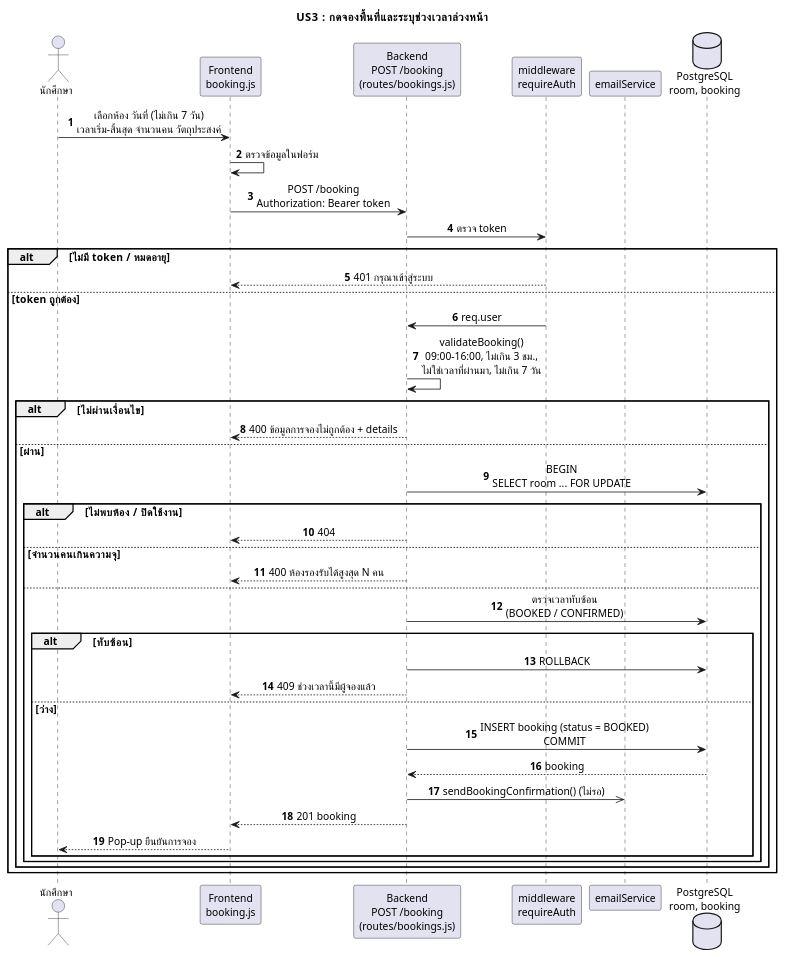
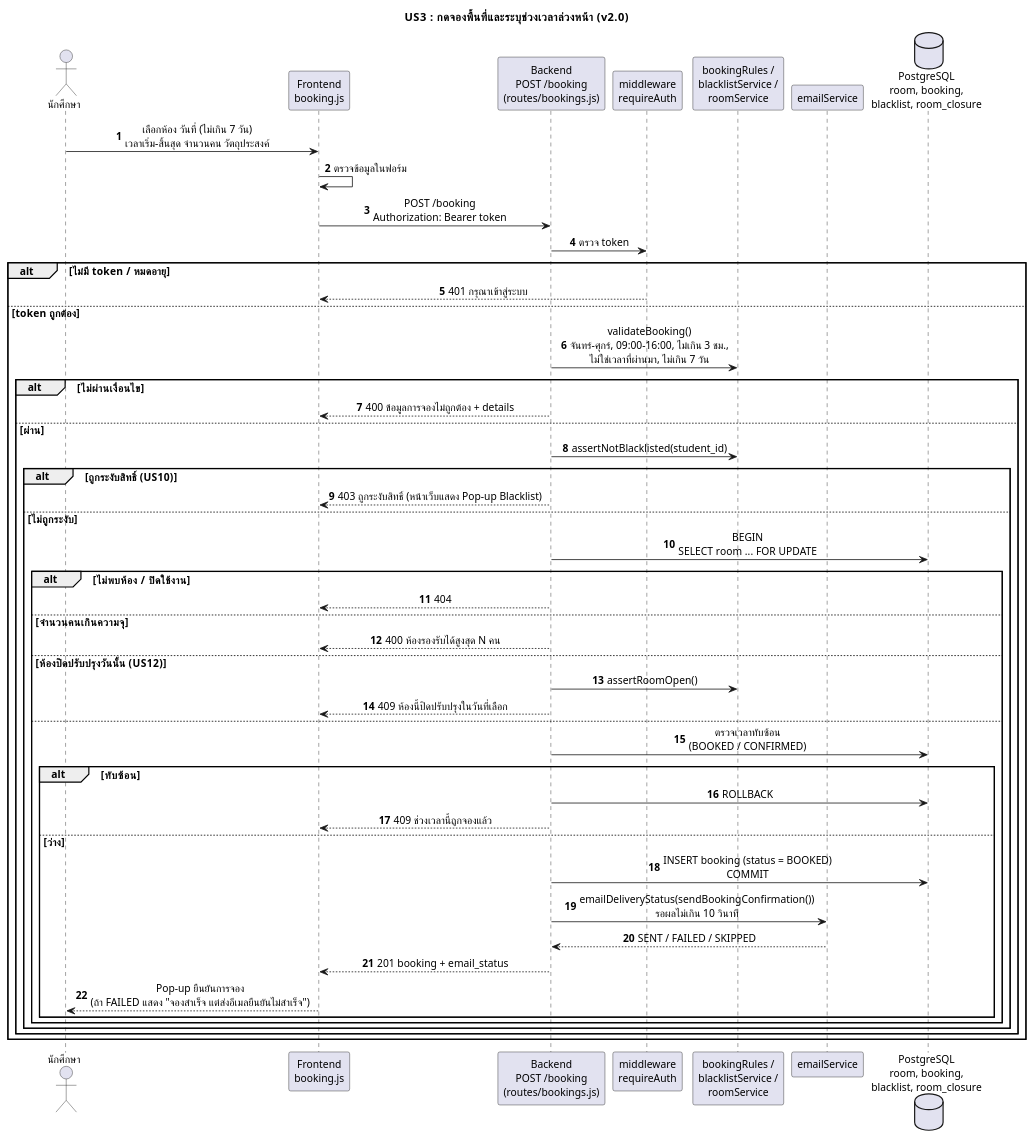
One commit to niairi/cs261_650001_group8 changed the diagram in docs/design/sequence/US3-booking.puml. Above: the diagram before and after it, drawn with PlantUML. The commit also changed 5 other files, not shown here.

Commit message:
docs: อัปเดต US3, Activity และ Deployment Diagram ให้ตรงกับโค้ด v2.0

```diff
--- a/docs/design/sequence/US3-booking.puml
+++ b/docs/design/sequence/US3-booking.puml
@@ -1,47 +1,55 @@
 @startuml
 skinparam defaultFontName Loma
 skinparam defaultFontSize 13
 skinparam sequenceMessageAlign center
 skinparam responseMessageBelowArrow true
 autonumber
-title US3 : กดจองพื้นที่และระบุช่วงเวลาล่วงหน้า
+title US3 : กดจองพื้นที่และระบุช่วงเวลาล่วงหน้า (v2.0)
 actor "นักศึกษา" as U
 participant "Frontend\nbooking.js" as FE
 participant "Backend\nPOST /booking\n(routes/bookings.js)" as R
 participant "middleware\nrequireAuth" as A
+participant "bookingRules /\nblacklistService /\nroomService" as S
 participant "emailService" as E
-database "PostgreSQL\nroom, booking" as DB
+database "PostgreSQL\nroom, booking,\nblacklist, room_closure" as DB
 
 U -> FE : เลือกห้อง วันที่ (ไม่เกิน 7 วัน)\nเวลาเริ่ม-สิ้นสุด จำนวนคน วัตถุประสงค์
 FE -> FE : ตรวจข้อมูลในฟอร์ม
 FE -> R : POST /booking\nAuthorization: Bearer token
 R -> A : ตรวจ token
 alt ไม่มี token / หมดอายุ
   A --> FE : 401 กรุณาเข้าสู่ระบบ
 else token ถูกต้อง
-  A -> R : req.user
-  R -> R : validateBooking()\n09:00–16:00, ไม่เกิน 3 ชม.,\nไม่ใช่เวลาที่ผ่านมา, ไม่เกิน 7 วัน
+  R -> S : validateBooking()\nจันทร์–ศุกร์, 09:00–16:00, ไม่เกิน 3 ชม.,\nไม่ใช่เวลาที่ผ่านมา, ไม่เกิน 7 วัน
   alt ไม่ผ่านเงื่อนไข
     R --> FE : 400 ข้อมูลการจองไม่ถูกต้อง + details
   else ผ่าน
-    R -> DB : BEGIN\nSELECT room ... FOR UPDATE
-    alt ไม่พบห้อง / ปิดใช้งาน
-      R --> FE : 404
-    else จำนวนคนเกินความจุ
-      R --> FE : 400 ห้องรองรับได้สูงสุด N คน
-    else
-      R -> DB : ตรวจเวลาทับซ้อน\n(BOOKED / CONFIRMED)
-      alt ทับซ้อน
-        R -> DB : ROLLBACK
-        R --> FE : 409 ช่วงเวลานี้มีผู้จองแล้ว
-      else ว่าง
-        R -> DB : INSERT booking (status = BOOKED)\nCOMMIT
-        DB --> R : booking
-        R ->> E : sendBookingConfirmation() (ไม่รอ)
-        R --> FE : 201 booking
-        FE --> U : Pop-up ยืนยันการจอง
+    R -> S : assertNotBlacklisted(student_id)
+    alt ถูกระงับสิทธิ์ (US10)
+      R --> FE : 403 ถูกระงับสิทธิ์ (หน้าเว็บแสดง Pop-up Blacklist)
+    else ไม่ถูกระงับ
+      R -> DB : BEGIN\nSELECT room ... FOR UPDATE
+      alt ไม่พบห้อง / ปิดใช้งาน
+        R --> FE : 404
+      else จำนวนคนเกินความจุ
+        R --> FE : 400 ห้องรองรับได้สูงสุด N คน
+      else ห้องปิดปรับปรุงวันนั้น (US12)
+        R -> S : assertRoomOpen()
+        R --> FE : 409 ห้องนี้ปิดปรับปรุงในวันที่เลือก
+      else
+        R -> DB : ตรวจเวลาทับซ้อน\n(BOOKED / CONFIRMED)
+        alt ทับซ้อน
+          R -> DB : ROLLBACK
+          R --> FE : 409 ช่วงเวลานี้ถูกจองแล้ว
+        else ว่าง
+          R -> DB : INSERT booking (status = BOOKED)\nCOMMIT
+          R -> E : emailDeliveryStatus(sendBookingConfirmation())\nรอผลไม่เกิน 10 วินาที
+          E --> R : SENT / FAILED / SKIPPED
+          R --> FE : 201 booking + email_status
+          FE --> U : Pop-up ยืนยันการจอง\n(ถ้า FAILED แสดง "จองสำเร็จ แต่ส่งอีเมลยืนยันไม่สำเร็จ")
+        end
       end
     end
   end
 end
 @enduml
```
